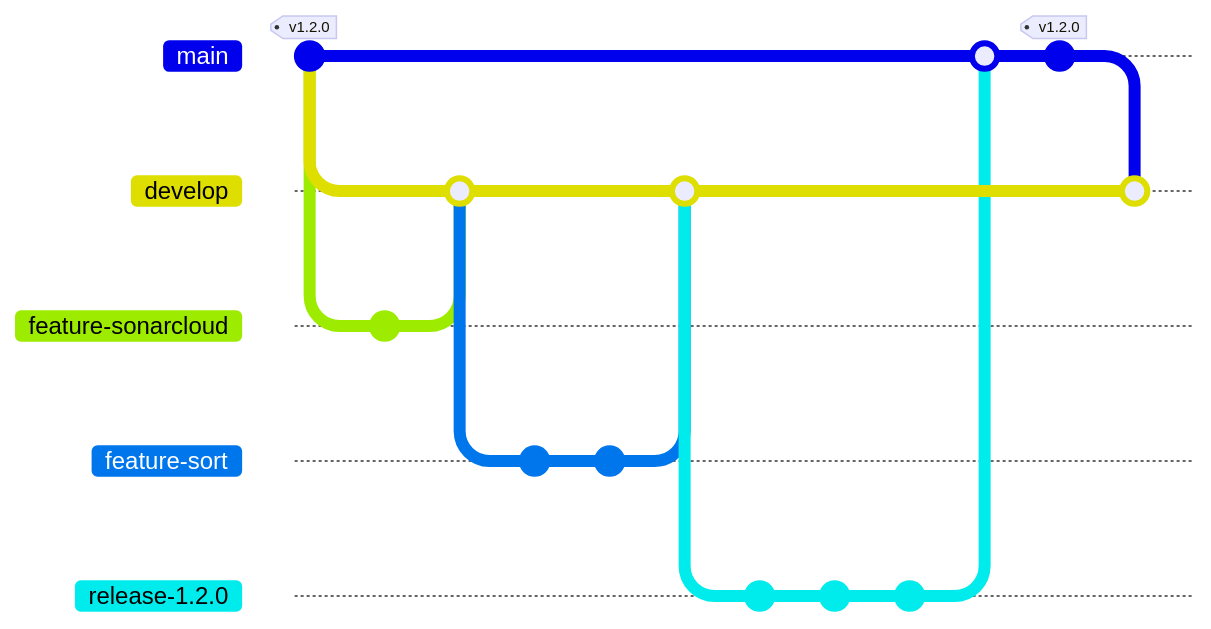
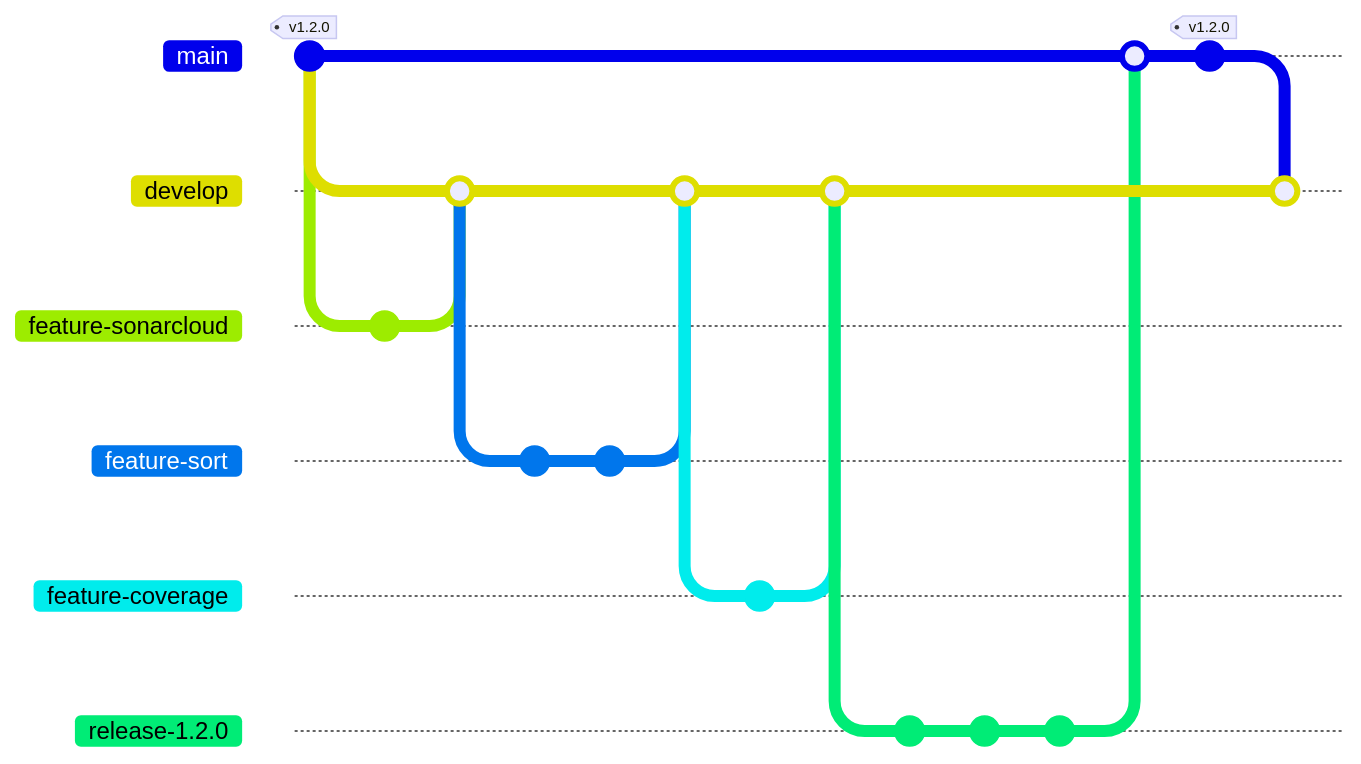
The diagram in docs/version-1.2.0.md (but-sd/guide-marvel-app), drawn with Mermaid before and after one commit. The commit also changed other lines of this file and 1 other file, not shown here. Commit ids are hidden.

````diff
--- a/docs/version-1.2.0.md
+++ b/docs/version-1.2.0.md
@@ -10,29 +11,34 @@
 ```mermaid
 gitGraph
     checkout main
     commit tag: "v1.2.0"
     branch develop
     checkout develop
     branch feature-sonarcloud
     checkout feature-sonarcloud
     commit id: "workflow"
     checkout develop
     merge feature-sonarcloud
     branch feature-sort
     checkout feature-sort
     commit id: "sort-api"
     commit id: "sort-ui"
     checkout develop
     merge feature-sort
+    branch feature-coverage
+    checkout feature-coverage
+    commit id: "coverage"
+    checkout develop
+    merge feature-coverage
     branch release-1.2.0
     checkout release-1.2.0
     commit id: "1.2.0.rc1"
     commit id: "doc"
     commit id: "1.2.0"
     checkout main
     merge release-1.2.0
     commit tag: "v1.2.0"
     checkout develop
     merge main
 
 ```
````
